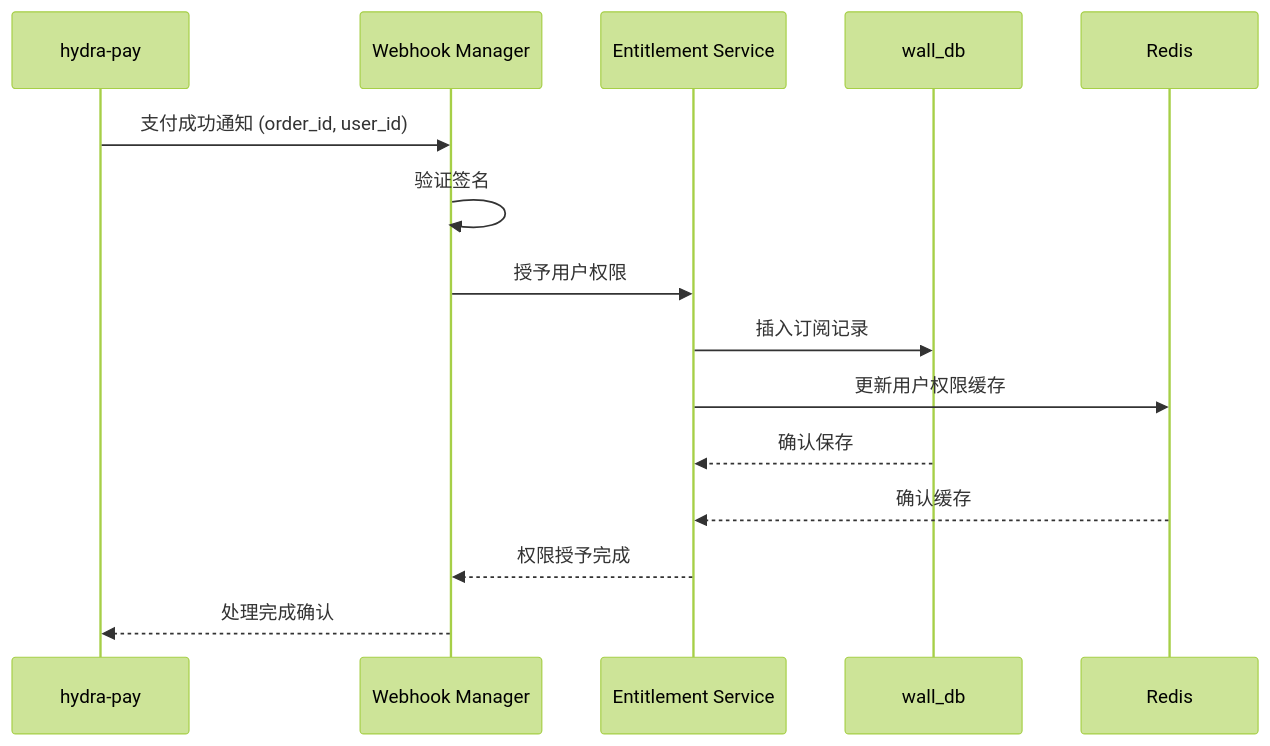
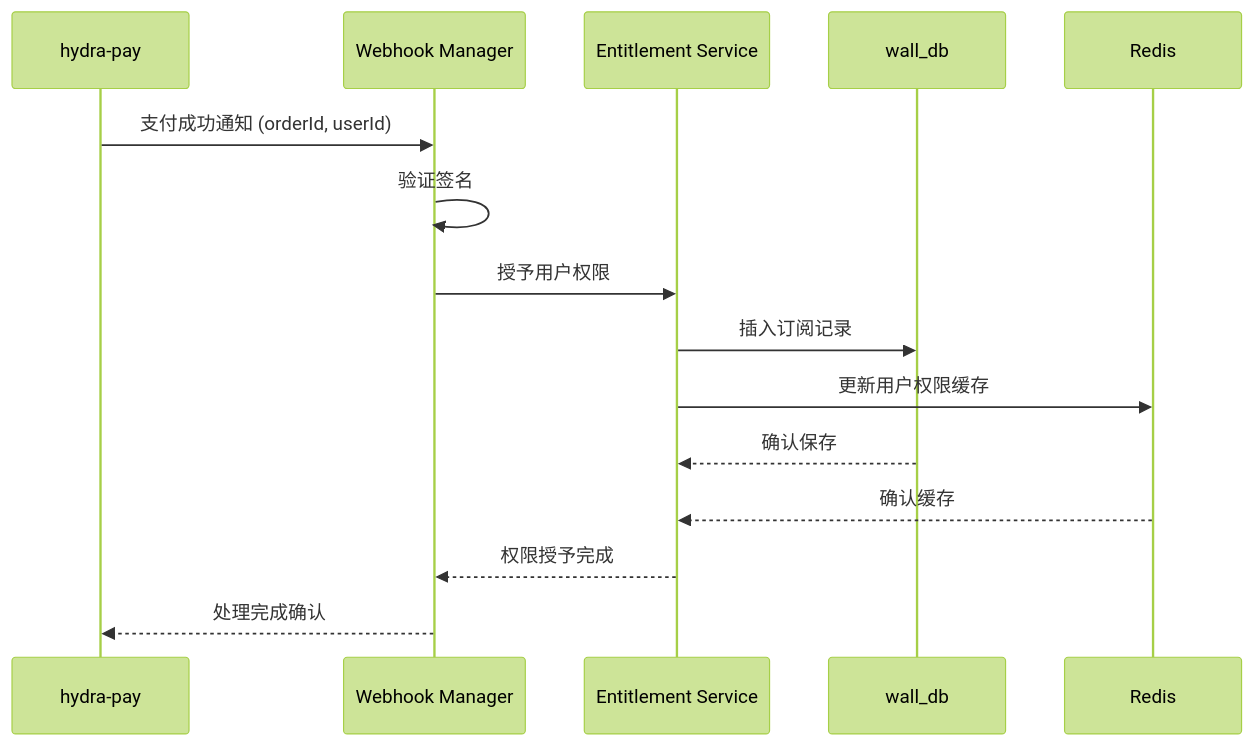
Before and after one commit to HiCooper/star-river: the eighth of 8 diagrams in docs-site/dev/wall/service-architecture.md, drawn with Mermaid (forest theme). The commit also changed other lines of this file and 13 other files, not shown here.

````diff
--- a/docs-site/dev/wall/service-architecture.md
+++ b/docs-site/dev/wall/service-architecture.md
@@ -146,21 +361,21 @@
 ```mermaid
 sequenceDiagram
     participant Pay as hydra-pay
     participant Webhook as Webhook Manager
     participant Entitlement as Entitlement Service
     participant DB as wall_db
     participant Redis as Redis
 
-    Pay->>Webhook: 支付成功通知 (order_id, user_id)
+    Pay->>Webhook: 支付成功通知 (orderId, userId)
     Webhook->>Webhook: 验证签名
 
     Webhook->>Entitlement: 授予用户权限
     Entitlement->>DB: 插入订阅记录
     Entitlement->>Redis: 更新用户权限缓存
 
     DB-->>Entitlement: 确认保存
     Redis-->>Entitlement: 确认缓存
 
     Entitlement-->>Webhook: 权限授予完成
     Webhook-->>Pay: 处理完成确认
 ```
````
